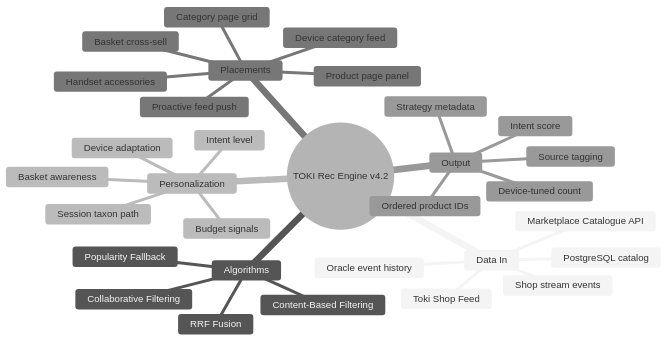
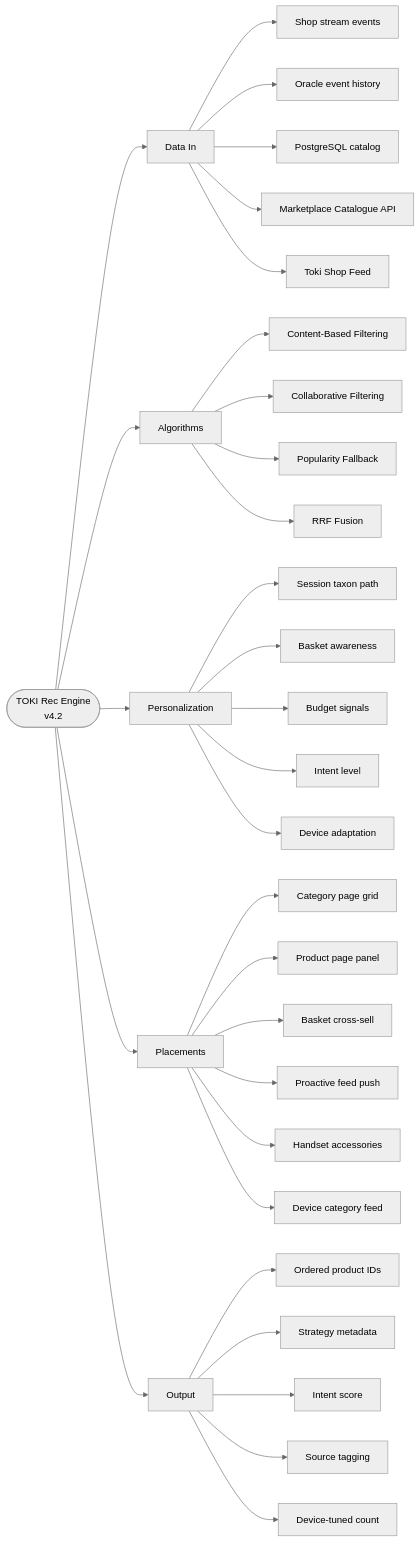
The tenth of 10 diagrams in docs/SYSTEM_PRESENTATION.md (unitelds/marketplace-stream-data-recommendation-engine), drawn with Mermaid (neutral theme) before and after one commit. The commit also changed other lines of this file and 6 other files, not shown here.

````diff
--- a/docs/SYSTEM_PRESENTATION.md
+++ b/docs/SYSTEM_PRESENTATION.md
@@ -443,34 +443,40 @@
 ```mermaid
-mindmap
-  root((TOKI Rec Engine v4.2))
-    Data In
-      Shop stream events
-      Oracle event history
-      PostgreSQL catalog
-      Marketplace Catalogue API
-      Toki Shop Feed
-    Algorithms
-      Content-Based Filtering
-      Collaborative Filtering
-      Popularity Fallback
-      RRF Fusion
-    Personalization
-      Session taxon path
-      Basket awareness
-      Budget signals
-      Intent level
-      Device adaptation
-    Placements
-      Category page grid
-      Product page panel
-      Basket cross-sell
-      Proactive feed push
-      Handset accessories
-      Device category feed
-    Output
-      Ordered product IDs
-      Strategy metadata
-      Intent score
-      Source tagging
-      Device-tuned count
+graph LR
+    ROOT(["TOKI Rec Engine<br/>v4.2"])
+
+    ROOT --> M1["Data In"]
+    ROOT --> M2["Algorithms"]
+    ROOT --> M3["Personalization"]
+    ROOT --> M4["Placements"]
+    ROOT --> M5["Output"]
+
+    M1 --> M1A["Shop stream events"]
+    M1 --> M1B["Oracle event history"]
+    M1 --> M1C["PostgreSQL catalog"]
+    M1 --> M1D["Marketplace Catalogue API"]
+    M1 --> M1E["Toki Shop Feed"]
+
+    M2 --> M2A["Content-Based Filtering"]
+    M2 --> M2B["Collaborative Filtering"]
+    M2 --> M2C["Popularity Fallback"]
+    M2 --> M2D["RRF Fusion"]
+
+    M3 --> M3A["Session taxon path"]
+    M3 --> M3B["Basket awareness"]
+    M3 --> M3C["Budget signals"]
+    M3 --> M3D["Intent level"]
+    M3 --> M3E["Device adaptation"]
+
+    M4 --> M4A["Category page grid"]
+    M4 --> M4B["Product page panel"]
+    M4 --> M4C["Basket cross-sell"]
+    M4 --> M4D["Proactive feed push"]
+    M4 --> M4E["Handset accessories"]
+    M4 --> M4F["Device category feed"]
+
+    M5 --> M5A["Ordered product IDs"]
+    M5 --> M5B["Strategy metadata"]
+    M5 --> M5C["Intent score"]
+    M5 --> M5D["Source tagging"]
+    M5 --> M5E["Device-tuned count"]
 ```
````
